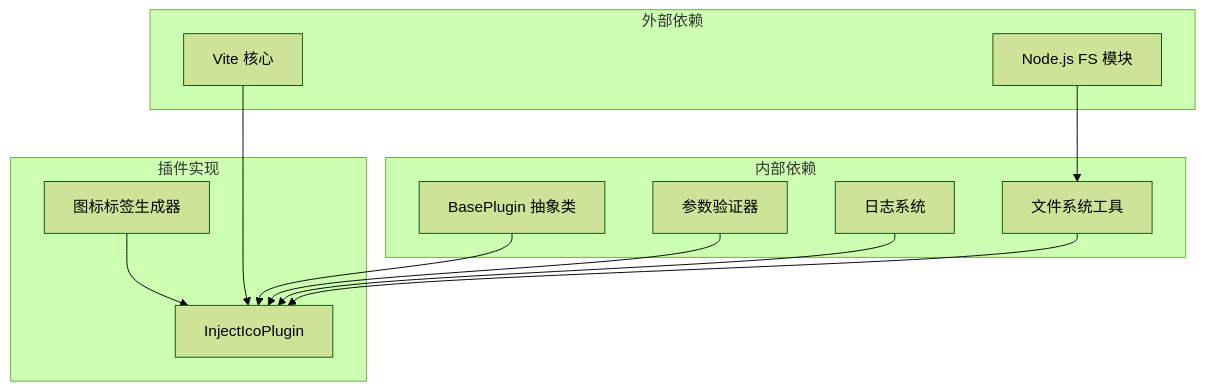
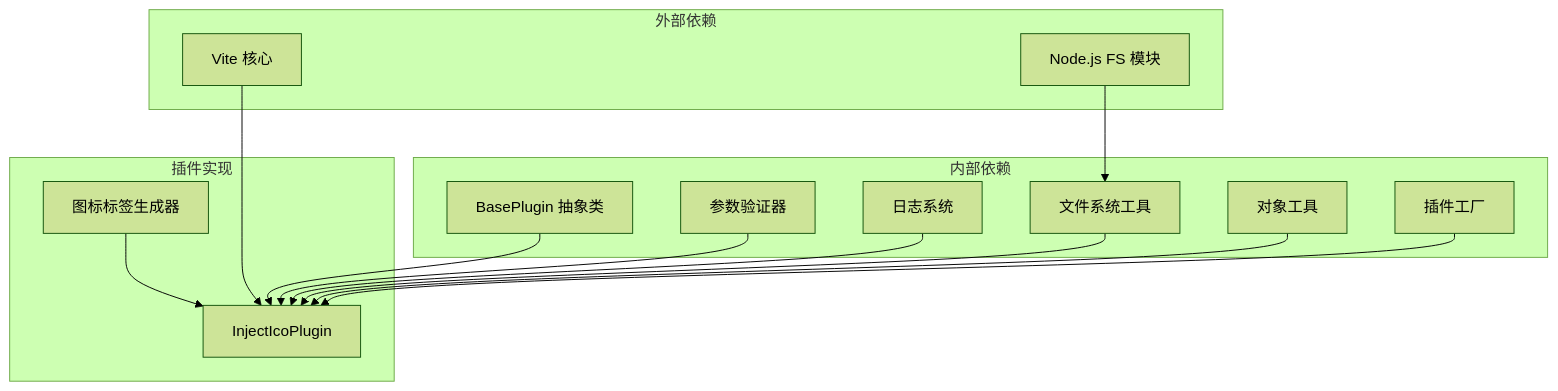
Before and after one commit to MengXi-Studio/vite-plugin: the ninth of 9 diagrams in .qoder/repowiki/zh/content/核心插件/图标注入插件 (injectIco).md, drawn with Mermaid (forest theme). The commit also changed other lines of this file and 5 other files, not shown here.

````diff
--- a/.qoder/repowiki/zh/content/核心插件/图标注入插件 (injectIco).md
+++ b/.qoder/repowiki/zh/content/核心插件/图标注入插件 (injectIco).md
@@ -292,24 +349,28 @@
 ```mermaid
 graph TB
 subgraph "外部依赖"
 Vite[Vite 核心]
 NodeFS[Node.js FS 模块]
 end
 subgraph "内部依赖"
 BasePlugin[BasePlugin 抽象类]
 Validator[参数验证器]
 Logger[日志系统]
 FSUtils[文件系统工具]
+ObjectUtils[对象工具]
+Factory[插件工厂]
 end
 subgraph "插件实现"
 InjectIcoPlugin[InjectIcoPlugin]
 IconGenerator[图标标签生成器]
 end
 Vite --> InjectIcoPlugin
 NodeFS --> FSUtils
 BasePlugin --> InjectIcoPlugin
 Validator --> InjectIcoPlugin
 Logger --> InjectIcoPlugin
 FSUtils --> InjectIcoPlugin
+ObjectUtils --> InjectIcoPlugin
+Factory --> InjectIcoPlugin
 IconGenerator --> InjectIcoPlugin
 ```
````
